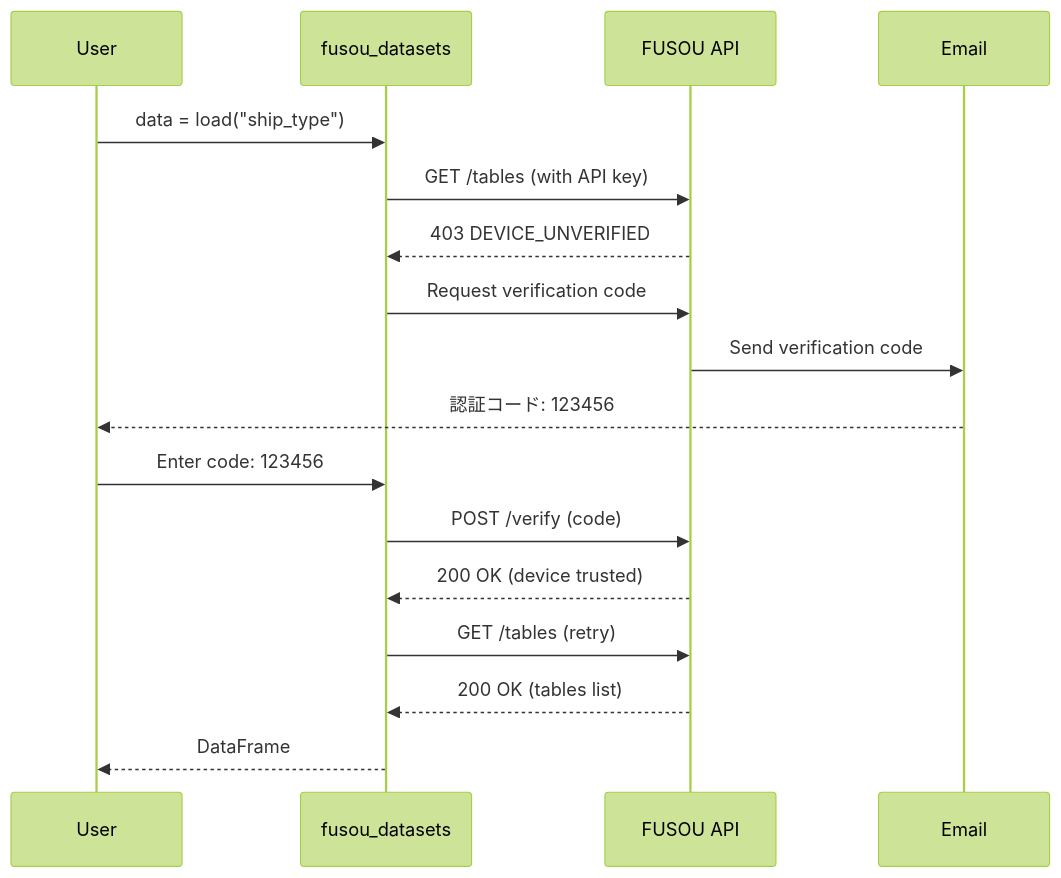
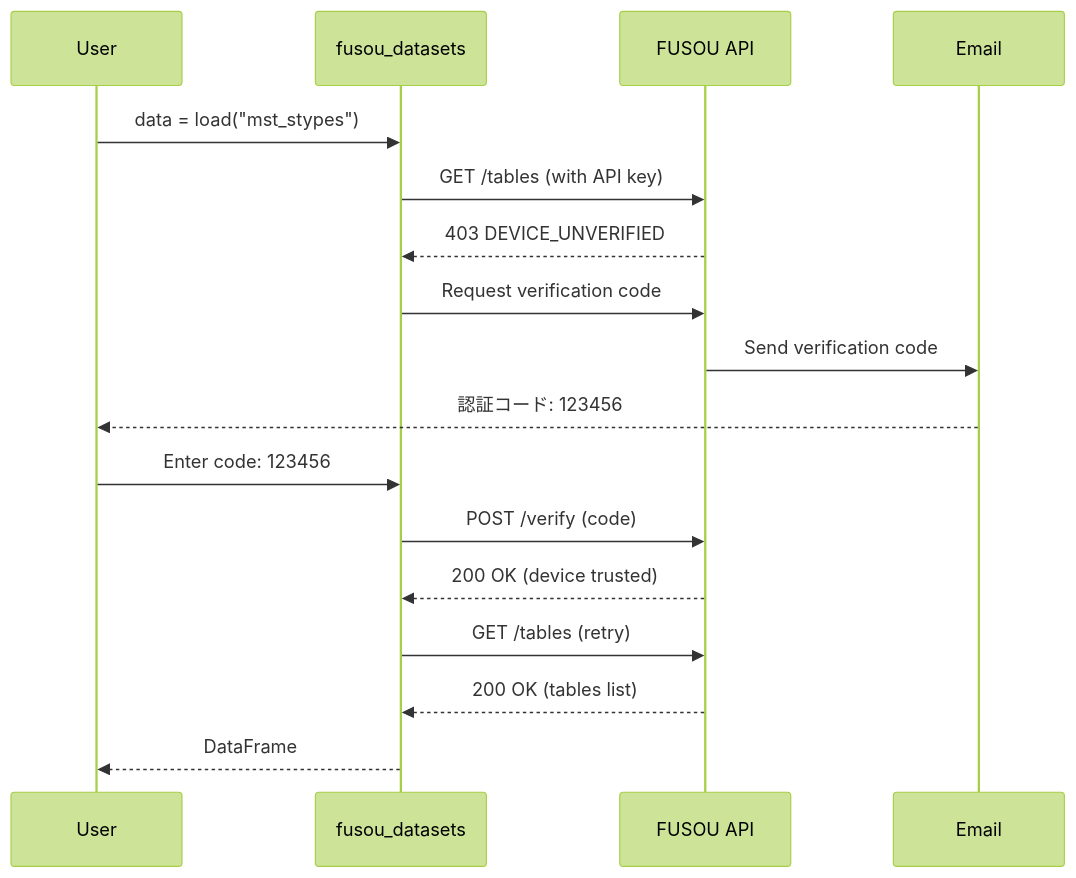
One commit to tsukasa-u/FUSOU changed the diagram in docs/contents/guide/fusou_datasets/authentication.md. Above: the diagram before and after it, drawn with Mermaid (forest theme). The commit also changed other lines of this file and 20 other files, not shown here.

````diff
--- a/docs/contents/guide/fusou_datasets/authentication.md
+++ b/docs/contents/guide/fusou_datasets/authentication.md
@@ -97,20 +97,20 @@
 ```mermaid
 sequenceDiagram
     participant User
     participant Library as fusou_datasets
     participant API as FUSOU API
     participant Email
 
-    User->>Library: data = load("ship_type")
+    User->>Library: data = load("mst_stypes")
     Library->>API: GET /tables (with API key)
     API-->>Library: 403 DEVICE_UNVERIFIED
     Library->>API: Request verification code
     API->>Email: Send verification code
     Email-->>User: 認証コード: 123456
     User->>Library: Enter code: 123456
     Library->>API: POST /verify (code)
     API-->>Library: 200 OK (device trusted)
     Library->>API: GET /tables (retry)
     API-->>Library: 200 OK (tables list)
     Library-->>User: DataFrame
 ```
````
